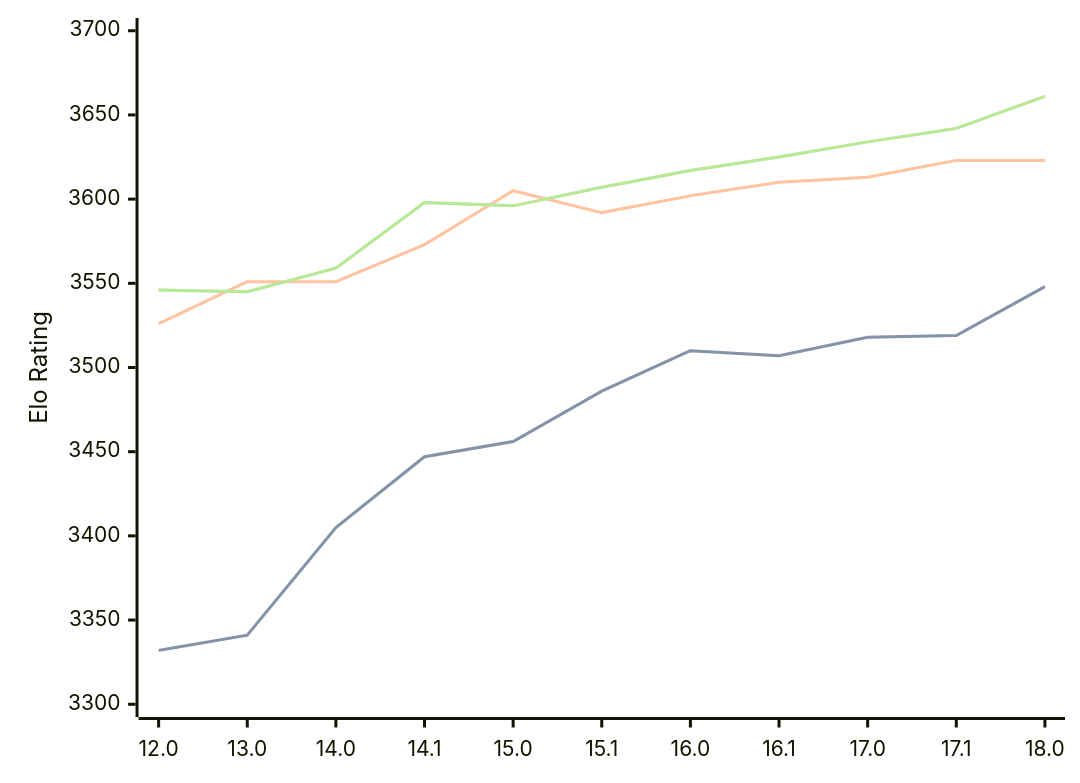
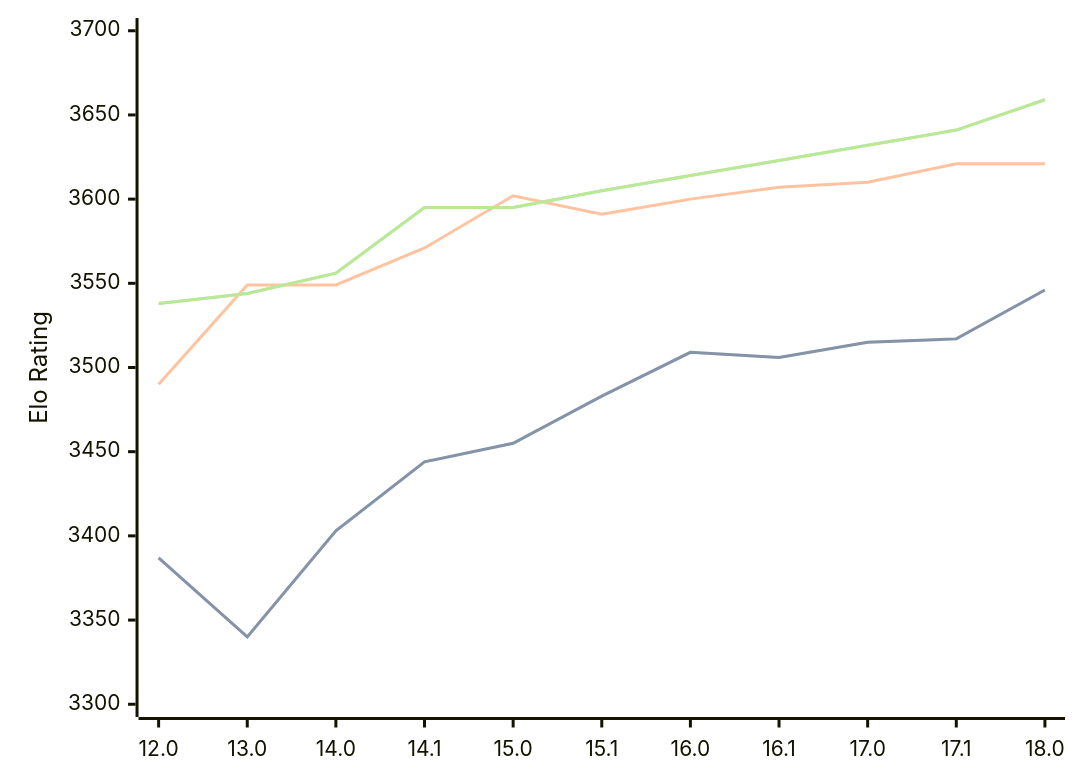
The diagram in engines/Stockfish.md (computer-chess-index/cci), drawn with Mermaid before and after one commit. The commit also changed other lines of this file, not shown here.

Commit message:
Update CCI Ratings (ELO VLTC) - 2026-02-18

````diff
--- a/engines/Stockfish.md
+++ b/engines/Stockfish.md
@@ -42,11 +42,11 @@
 ```mermaid
 %%{init: {"theme":"base","themeVariables":{"seriesColors:['#a3a3a3','#222221','#faa371']}}}%%
 xychart-beta
   x-axis ["12.0", "13.0", "14.0", "14.1", "15.0", "15.1", "16.0", "16.1", "17.0", "17.1", "18.0"]
   y-axis "Elo Rating" 3300 --> 3700
-  line "STC (8.0+0.08s)" [3332, 3341, 3405, 3447, 3456, 3486, 3510, 3507, 3518, 3519, 3548]
-  line "STC (8.0+0.08s)" [3332, 3341, 3405, 3447, 3456, 3486, 3510, 3507, 3518, 3519, 3548]
-  line "LTC (60.0+0.60s)" [3526, 3551, 3551, 3573, 3605, 3592, 3602, 3610, 3613, 3623, 3623]
-  line "VLTC (2m24s+1.12s)" [3546, 3545, 3559, 3598, 3596, 3607, 3617, 3625, 3634, 3642, 3661]
-  line "VLTC (2m24s+1.12s)" [3546, 3545, 3559, 3598, 3596, 3607, 3617, 3625, 3634, 3642, 3661]
+  line "STC (8.0+0.08s)" [3387, 3340, 3403, 3444, 3455, 3483, 3509, 3506, 3515, 3517, 3546]
+  line "STC (8.0+0.08s)" [3387, 3340, 3403, 3444, 3455, 3483, 3509, 3506, 3515, 3517, 3546]
+  line "LTC (60.0+0.60s)" [3490, 3549, 3549, 3571, 3602, 3591, 3600, 3607, 3610, 3621, 3621]
+  line "VLTC (2m24s+1.12s)" [3538, 3544, 3556, 3595, 3595, 3605, 3614, 3623, 3632, 3641, 3659]
+  line "VLTC (2m24s+1.12s)" [3538, 3544, 3556, 3595, 3595, 3605, 3614, 3623, 3632, 3641, 3659]
 ```
````
